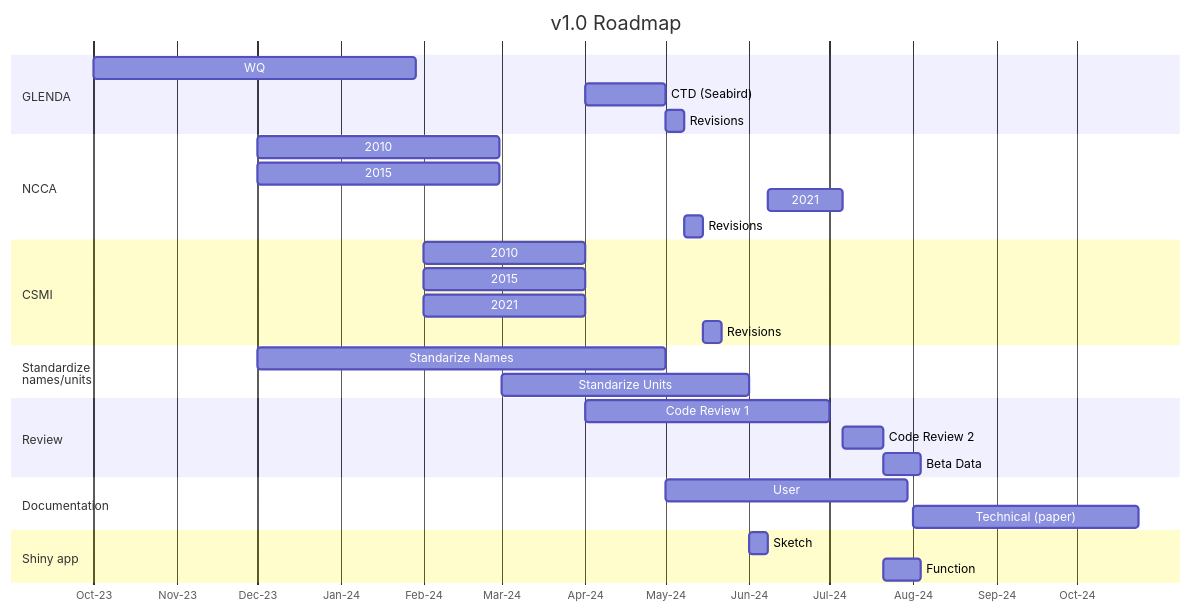
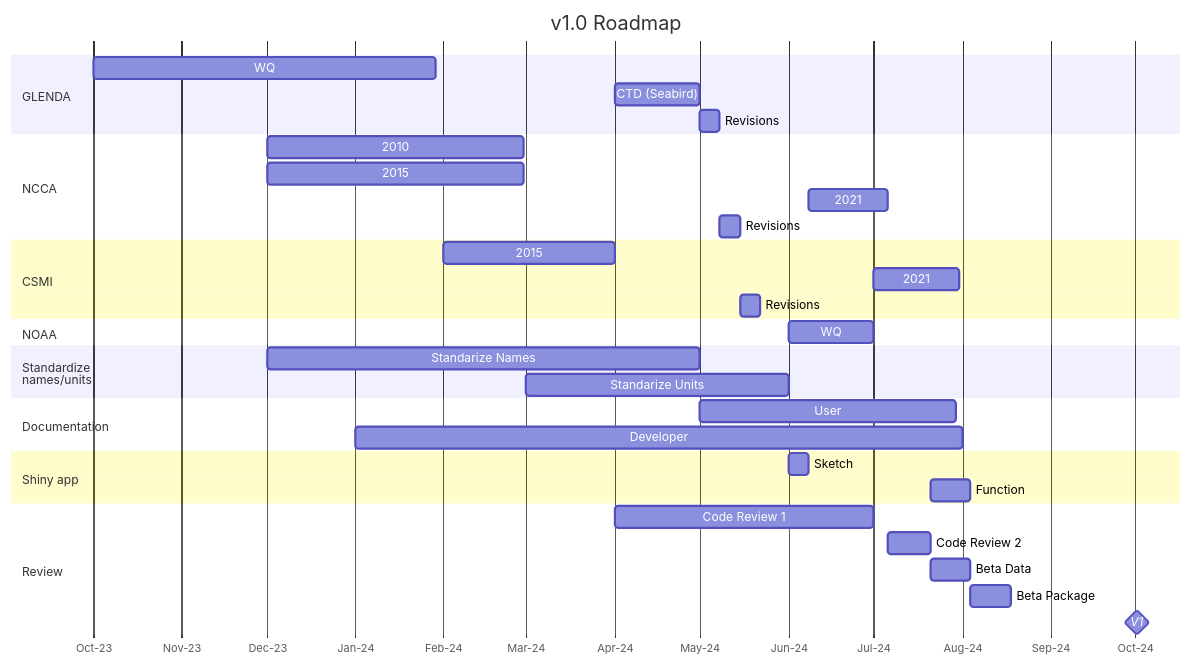
Before and after one commit to USEPA/GLharmonizeR: the diagram in docs/figsTables/design/v1RoadMap.mmd, drawn with Mermaid. The commit also changed 6 other files, not shown here.

Commit message:
First round of presentation revisions and updated function diagram

```diff
--- a/docs/figsTables/design/v1RoadMap.mmd
+++ b/docs/figsTables/design/v1RoadMap.mmd
@@ -1,33 +1,36 @@
 gantt
 %% Finish hreview, Documentation, Beta testing data, and GUI
 %% Data permissions
     title v1.0 Roadmap
     dateFormat YYYY-MM
     axisFormat %b-%y
     section GLENDA
         WQ      :glendawq, 2023-10, 120d
         CTD (Seabird)    :glendactd, 2024-04, 30d
         Revisions : glendarevise, 2024-05, 1w
     section NCCA 
         2010 :ncca2010, 2023-12, 90d
         2015 :ncca2015, 2023-12, 90d
         2021 :ncca2021, after shinySketch, 4w
         Revisions : nccarevise, after glendarevise, 1w
     section CSMI 
-        2010 :csmi2010, 2024-02, 60d
         2015 :csmi2015, 2024-02, 60d
-        2021 :csmi2021, 2024-02, 60d
+        2021 :csmi2021, 2024-07, 30d
         Revisions : csmirevise, after nccarevise, 1w
+    section NOAA 
+        WQ : NOAAWQ, 2024-06, 30d
     section Standardize <br> names/units
         Standarize Names :2023-12, 2024-05
         Standarize Units :2024-03, 2024-06
+    section Documentation 
+        User : userDoc, 2024-05, 90d 
+        Developer : devDoc, 2024-01, 2024-08 
+    section Shiny app
+        Sketch : shinySketch, 2024-06, 1w
+        Function : shiny, after cr2 , 2w
     section Review
         Code Review 1 :cr1, 2024-04, 2024-07
         Code Review 2 :cr2, after ncca2021 , 15d
-        Beta Data: beta, after cr2, 2w
-    section Documentation 
-        User : userDoc, 2024-05, 90d 
-        Technical (paper) : paper, 2024-08, 12w 
-    section Shiny app
-        Sketch : shinySketch, 2024-06, 1w
-        Function : shiny, after cr2 , 2w
+        Beta Data: betaData, after cr2, 2w
+        Beta Package: betaPackage, after betaData, 2w
+        V1 : milestone, v1, 2024-10, 1d
```
